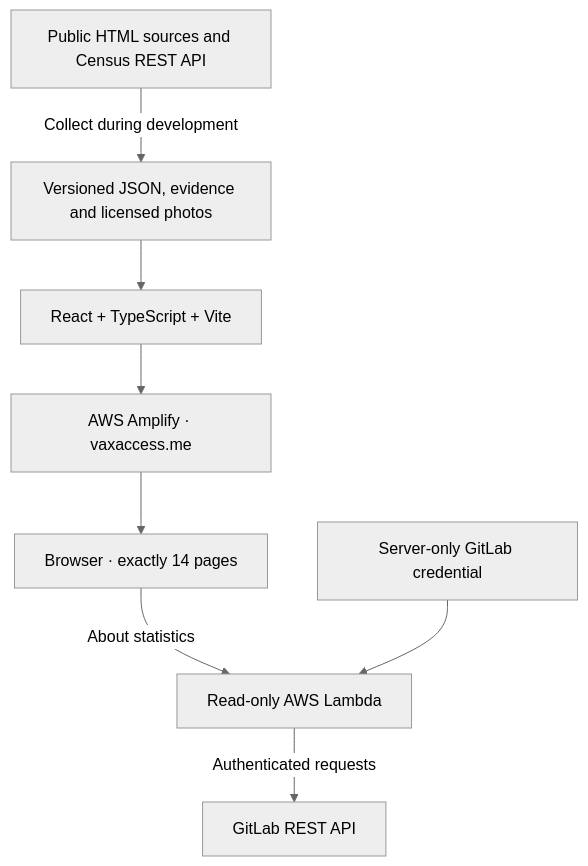
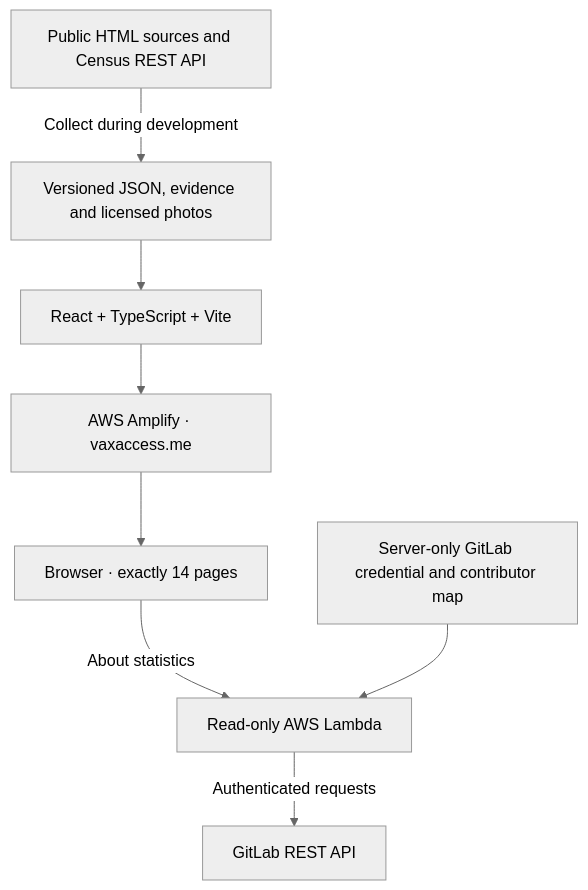
Before and after one commit to jialuthra/vaxaccess: the diagram in DESIGN.md, drawn with Mermaid (neutral theme). The commit also changed other lines of this file, not shown here.

````diff
--- a/DESIGN.md
+++ b/DESIGN.md
@@ -57,10 +57,10 @@
 ```mermaid
 flowchart TD
     Sources["Public HTML sources and Census REST API"] -->|"Collect during development"| Data["Versioned JSON, evidence and licensed photos"]
     Data --> Build["React + TypeScript + Vite"]
     Build --> Hosting["AWS Amplify · vaxaccess.me"]
     Hosting --> Browser["Browser · exactly 14 pages"]
     Browser -->|"About statistics"| Lambda["Read-only AWS Lambda"]
     Lambda -->|"Authenticated requests"| GitLab["GitLab REST API"]
-    Secret["Server-only GitLab credential"] --> Lambda
+    Secret["Server-only GitLab credential and contributor map"] --> Lambda
 ```
````
